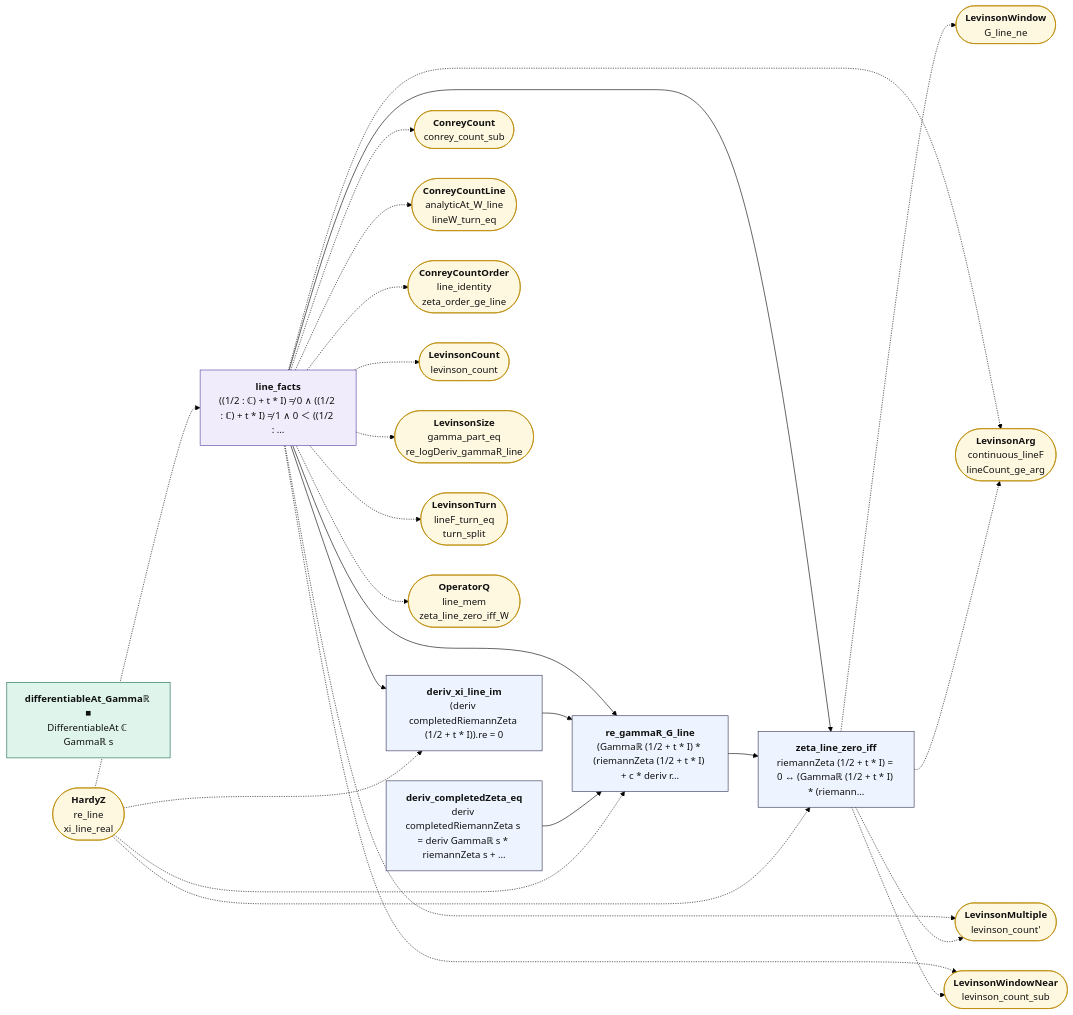
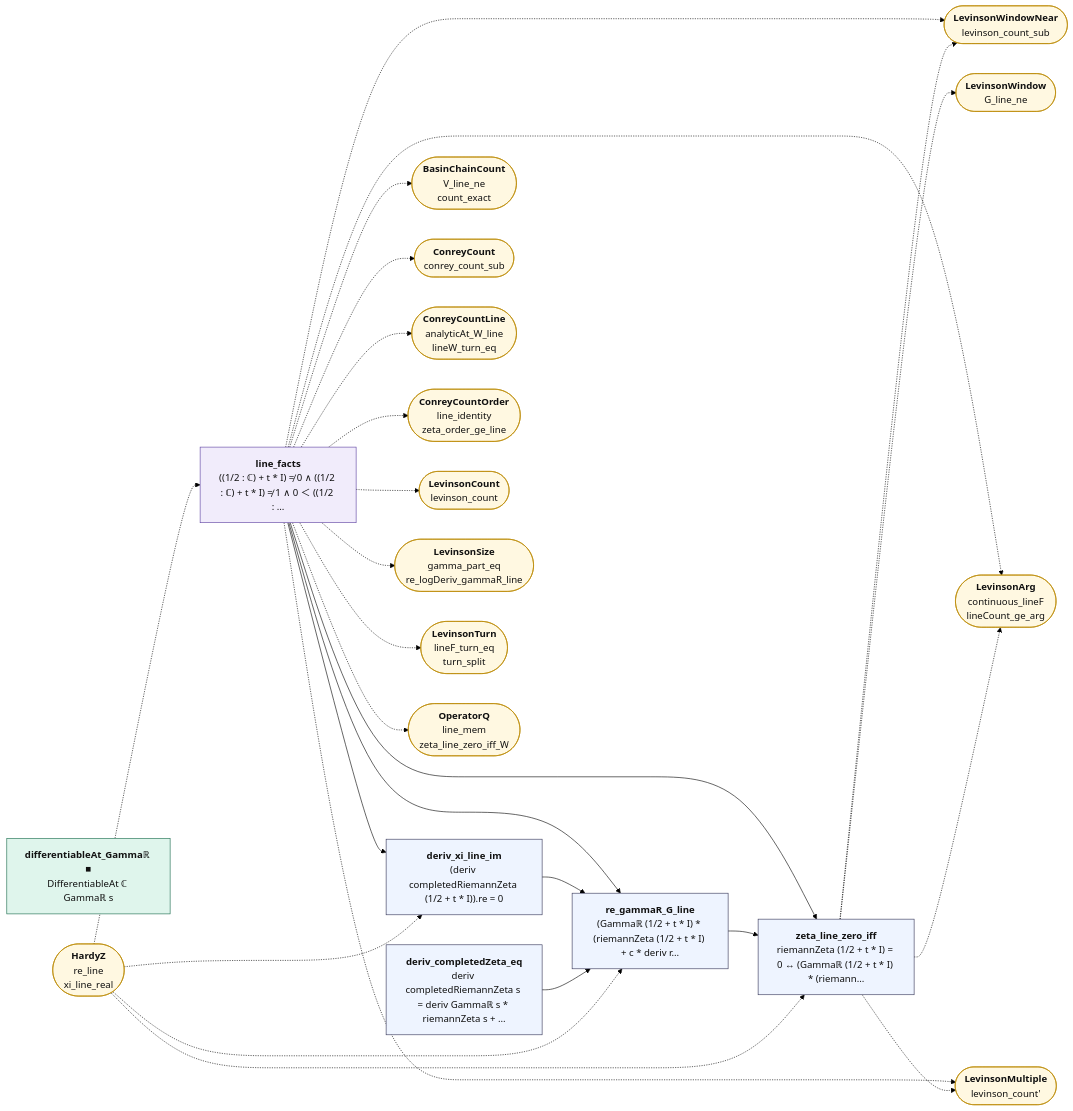
Before and after one commit to juliansambranojr/Primebeat_081426: the diagram in map/lean_stage3/LevinsonLine.md, drawn with Mermaid (forest theme). The commit also changed other lines of this file and 60 other files, not shown here.

````diff
--- a/map/lean_stage3/LevinsonLine.md
+++ b/map/lean_stage3/LevinsonLine.md
@@ -14,53 +14,55 @@
 ```mermaid
 flowchart LR
   n0["<b>line_facts</b><br/>((1/2 : ℂ) + t * I) ≠ 0 ∧ ((1/2 : ℂ) + t * I) ≠ 1 ∧ 0 ＜ ((1/2 : …"]:::shp
   n1["<b>deriv_xi_line_im</b><br/>(deriv completedRiemannZeta (1/2 + t * I)).re = 0"]:::thm
   n2["<b>differentiableAt_Gammaℝ ■</b><br/>DifferentiableAt ℂ Gammaℝ s"]:::cnt
   n3["<b>deriv_completedZeta_eq</b><br/>deriv completedRiemannZeta s = deriv Gammaℝ s * riemannZeta s + …"]:::thm
   n4["<b>re_gammaR_G_line</b><br/>(Gammaℝ (1/2 + t * I) * (riemannZeta (1/2 + t * I) + c * deriv r…"]:::thm
   n5["<b>zeta_line_zero_iff</b><br/>riemannZeta (1/2 + t * I) = 0 ↔ (Gammaℝ (1/2 + t * I) * (riemann…"]:::thm
   x0(["<b>HardyZ</b><br/>re_line<br/>xi_line_real"]):::ext
-  x1(["<b>ConreyCount</b><br/>conrey_count_sub"]):::ext
-  x2(["<b>ConreyCountLine</b><br/>analyticAt_W_line<br/>lineW_turn_eq"]):::ext
-  x3(["<b>ConreyCountOrder</b><br/>line_identity<br/>zeta_order_ge_line"]):::ext
-  x4(["<b>LevinsonArg</b><br/>continuous_lineF<br/>lineCount_ge_arg"]):::ext
-  x5(["<b>LevinsonCount</b><br/>levinson_count"]):::ext
-  x6(["<b>LevinsonMultiple</b><br/>levinson_count'"]):::ext
-  x7(["<b>LevinsonSize</b><br/>gamma_part_eq<br/>re_logDeriv_gammaR_line"]):::ext
-  x8(["<b>LevinsonTurn</b><br/>lineF_turn_eq<br/>turn_split"]):::ext
-  x9(["<b>LevinsonWindowNear</b><br/>levinson_count_sub"]):::ext
-  x10(["<b>OperatorQ</b><br/>line_mem<br/>zeta_line_zero_iff_W"]):::ext
-  x11(["<b>LevinsonWindow</b><br/>G_line_ne"]):::ext
+  x1(["<b>BasinChainCount</b><br/>V_line_ne<br/>count_exact"]):::ext
+  x2(["<b>ConreyCount</b><br/>conrey_count_sub"]):::ext
+  x3(["<b>ConreyCountLine</b><br/>analyticAt_W_line<br/>lineW_turn_eq"]):::ext
+  x4(["<b>ConreyCountOrder</b><br/>line_identity<br/>zeta_order_ge_line"]):::ext
+  x5(["<b>LevinsonArg</b><br/>continuous_lineF<br/>lineCount_ge_arg"]):::ext
+  x6(["<b>LevinsonCount</b><br/>levinson_count"]):::ext
+  x7(["<b>LevinsonMultiple</b><br/>levinson_count'"]):::ext
+  x8(["<b>LevinsonSize</b><br/>gamma_part_eq<br/>re_logDeriv_gammaR_line"]):::ext
+  x9(["<b>LevinsonTurn</b><br/>lineF_turn_eq<br/>turn_split"]):::ext
+  x10(["<b>LevinsonWindowNear</b><br/>levinson_count_sub"]):::ext
+  x11(["<b>OperatorQ</b><br/>line_mem<br/>zeta_line_zero_iff_W"]):::ext
+  x12(["<b>LevinsonWindow</b><br/>G_line_ne"]):::ext
   n0 --> n1
   n0 --> n4
   n0 --> n5
   n1 --> n4
   n3 --> n4
   n4 --> n5
   n0 -.-> x1
   n0 -.-> x10
+  n0 -.-> x11
   n0 -.-> x2
   n0 -.-> x3
   n0 -.-> x4
   n0 -.-> x5
   n0 -.-> x6
   n0 -.-> x7
   n0 -.-> x8
   n0 -.-> x9
-  n5 -.-> x11
-  n5 -.-> x4
-  n5 -.-> x6
-  n5 -.-> x9
+  n5 -.-> x10
+  n5 -.-> x12
+  n5 -.-> x5
+  n5 -.-> x7
   x0 -.-> n0
   x0 -.-> n1
   x0 -.-> n4
   x0 -.-> n5
   classDef cnt fill:#dff5ec,stroke:#17694a,color:#111
   classDef shp fill:#f1ecfb,stroke:#5b3fa0,color:#111
   classDef rh fill:#ffe5e5,stroke:#c22,color:#111,stroke-width:2px
   classDef thm fill:#eef4ff,stroke:#335,color:#111
   classDef end_ fill:#e7f7e7,stroke:#2a7,color:#111,stroke-width:2px
   classDef lone fill:#fff,stroke:#999,color:#111,stroke-dasharray:4 3
   classDef bad fill:#ffe5e5,stroke:#c22,color:#111,stroke-width:2px
   classDef ext fill:#fff8e1,stroke:#b80,color:#111
 ```
````
